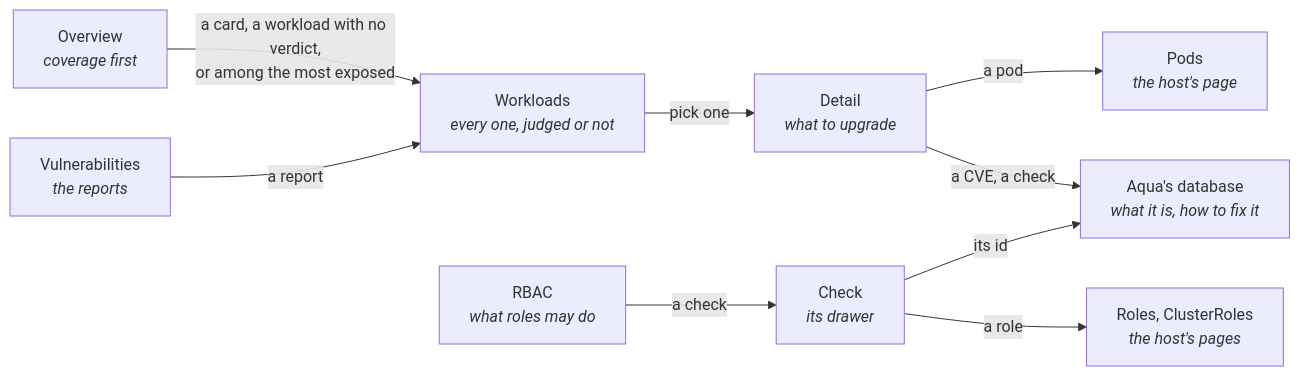
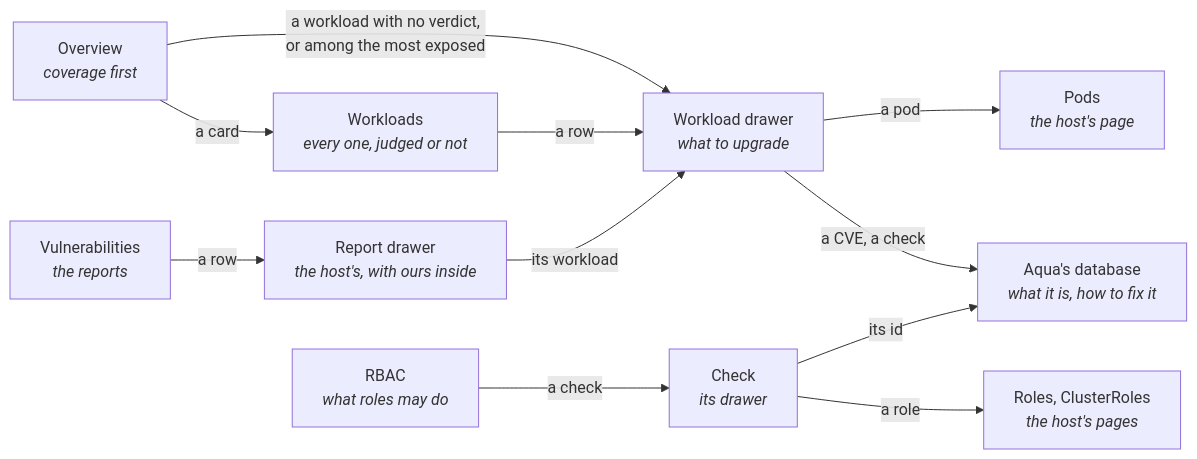
Before and after one commit to DiegoBulhoes/freelens-addons: the first of 2 diagrams in docs/trivy.md, drawn with Mermaid. The commit also changed other lines of this file and 31 other files, not shown here.

First line of the commit message:
feat(trivy): workload list with drawers, wait for every report kind before listing

````diff
--- a/docs/trivy.md
+++ b/docs/trivy.md
@@ -20,18 +20,21 @@
 ```mermaid
 flowchart LR
   O["Overview<br/><i>coverage first</i>"]
   W["Workloads<br/><i>every one, judged or not</i>"]
-  D["Detail<br/><i>what to upgrade</i>"]
+  D["Workload drawer<br/><i>what to upgrade</i>"]
   V["Vulnerabilities<br/><i>the reports</i>"]
+  VD["Report drawer<br/><i>the host's, with ours inside</i>"]
   R["RBAC<br/><i>what roles may do</i>"]
   C["Check<br/><i>its drawer</i>"]
 
-  O -->|a card, a workload with no verdict,<br/>or among the most exposed| W
-  W -->|pick one| D
+  O -->|a card| W
+  O -->|a workload with no verdict,<br/>or among the most exposed| D
+  W -->|a row| D
   D -->|a pod| P["Pods<br/><i>the host's page</i>"]
-  V -->|a report| W
+  V -->|a row| VD
+  VD -->|its workload| D
   D -->|a CVE, a check| A["Aqua's database<br/><i>what it is, how to fix it</i>"]
   R -->|a check| C
   C -->|its id| A
   C -->|a role| H["Roles, ClusterRoles<br/><i>the host's pages</i>"]
 ```
````
